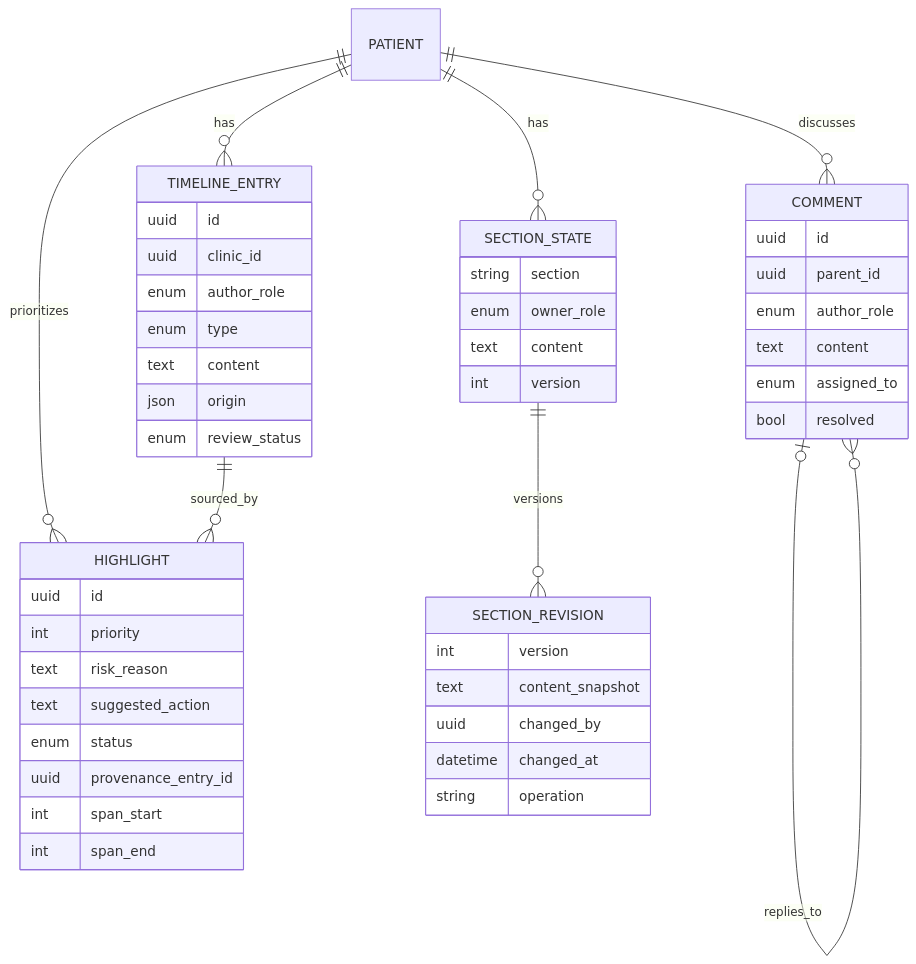
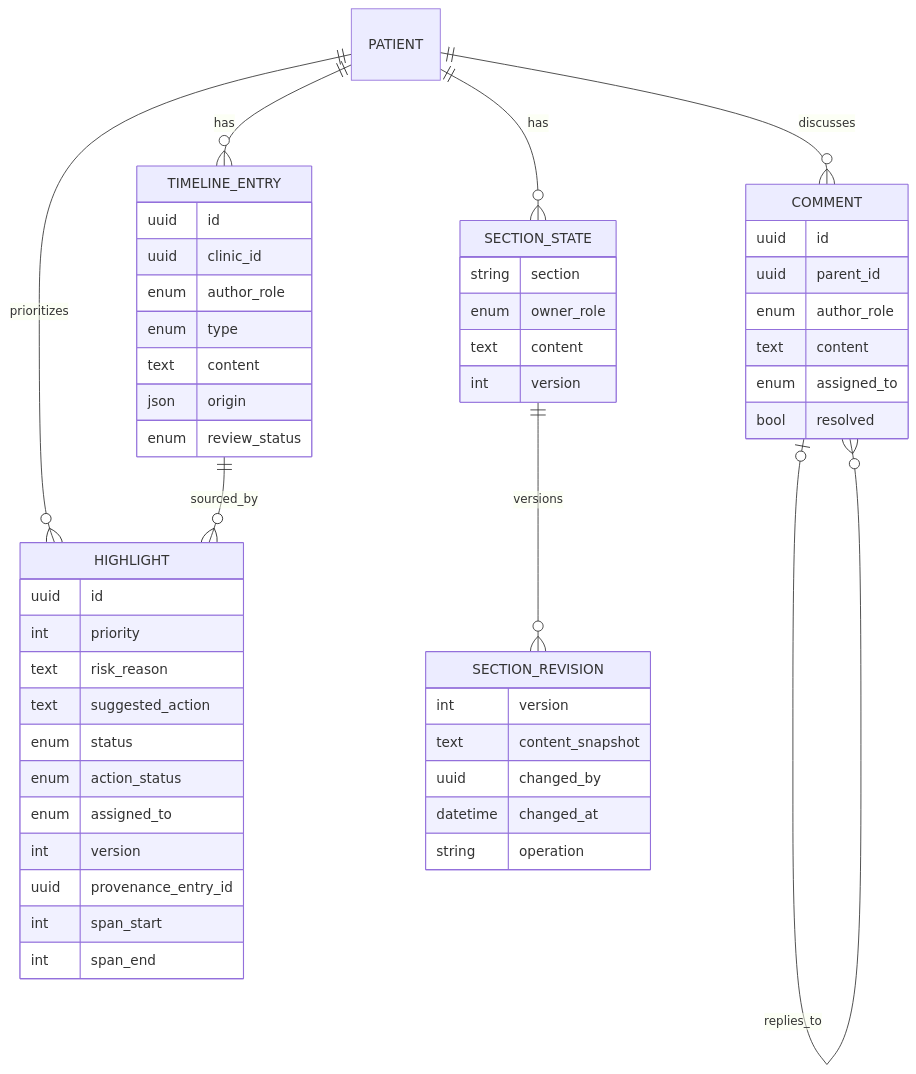
The second of 2 diagrams in docs/TECHNICAL_BRIEF.md (hengbolei/Nightingale-72-task), drawn with Mermaid before and after one commit. The commit also changed other lines of this file and 21 other files, not shown here.

````diff
--- a/docs/TECHNICAL_BRIEF.md
+++ b/docs/TECHNICAL_BRIEF.md
@@ -37,51 +43,54 @@
 ```mermaid
 erDiagram
     PATIENT ||--o{ TIMELINE_ENTRY : has
     PATIENT ||--o{ SECTION_STATE : has
     PATIENT ||--o{ COMMENT : discusses
     PATIENT ||--o{ HIGHLIGHT : prioritizes
     TIMELINE_ENTRY ||--o{ HIGHLIGHT : sourced_by
     SECTION_STATE ||--o{ SECTION_REVISION : versions
     COMMENT o|--o{ COMMENT : replies_to
 
     TIMELINE_ENTRY {
       uuid id
       uuid clinic_id
       enum author_role
       enum type
       text content
       json origin
       enum review_status
     }
     HIGHLIGHT {
       uuid id
       int priority
       text risk_reason
       text suggested_action
       enum status
+      enum action_status
+      enum assigned_to
+      int version
       uuid provenance_entry_id
       int span_start
       int span_end
     }
     SECTION_STATE {
       string section
       enum owner_role
       text content
       int version
     }
     SECTION_REVISION {
       int version
       text content_snapshot
       uuid changed_by
       datetime changed_at
       string operation
     }
     COMMENT {
       uuid id
       uuid parent_id
       enum author_role
       text content
       enum assigned_to
       bool resolved
     }
 ```
````
